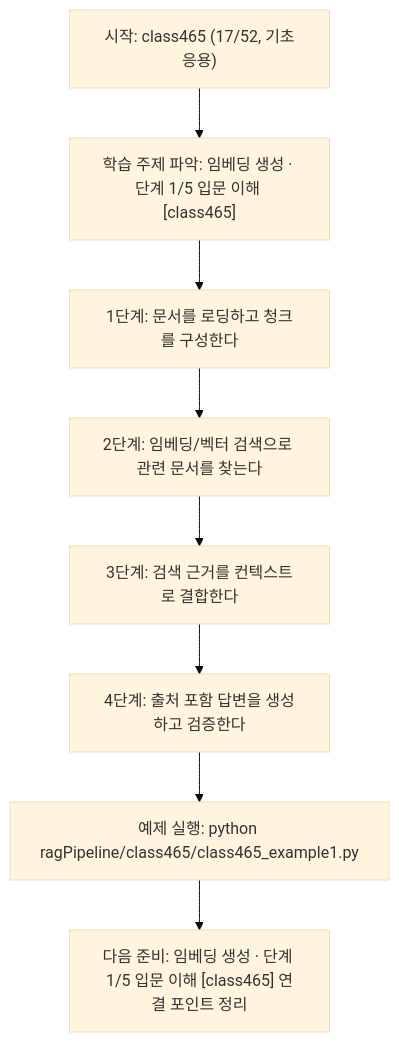
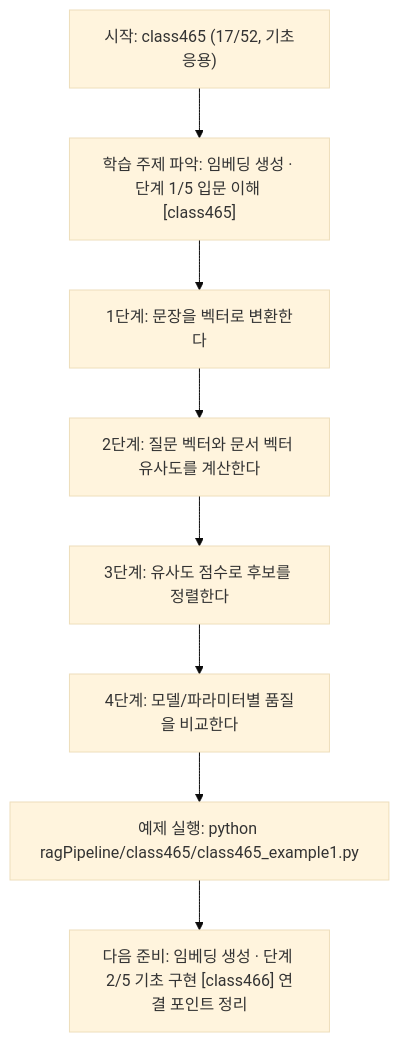
The diagram in ragPipeline/class465/class465.md (edumgt/Python-AI_Agent-Class), drawn with Mermaid (base theme) before and after one commit. The commit also changed other lines of this file and 367 other files, not shown here.

````diff
--- a/ragPipeline/class465/class465.md
+++ b/ragPipeline/class465/class465.md
@@ -110,18 +92,18 @@
 ```mermaid
 flowchart TD
 N1["시작: class465 (17/52, 기초응용)"]
 N2["학습 주제 파악: 임베딩 생성 · 단계 1/5 입문 이해 [class465]"]
-N3["1단계: 문서를 로딩하고 청크를 구성한다"]
-N4["2단계: 임베딩/벡터 검색으로 관련 문서를 찾는다"]
-N5["3단계: 검색 근거를 컨텍스트로 결합한다"]
-N6["4단계: 출처 포함 답변을 생성하고 검증한다"]
+N3["1단계: 문장을 벡터로 변환한다"]
+N4["2단계: 질문 벡터와 문서 벡터 유사도를 계산한다"]
+N5["3단계: 유사도 점수로 후보를 정렬한다"]
+N6["4단계: 모델/파라미터별 품질을 비교한다"]
 N7["예제 실행: python ragPipeline/class465/class465_example1.py"]
-N8["다음 준비: 임베딩 생성 · 단계 1/5 입문 이해 [class465] 연결 포인트 정리"]
+N8["다음 준비: 임베딩 생성 · 단계 2/5 기초 구현 [class466] 연결 포인트 정리"]
 N1 --> N2
 N2 --> N3
 N3 --> N4
 N4 --> N5
 N5 --> N6
 N6 --> N7
 N7 --> N8
 ```
````
